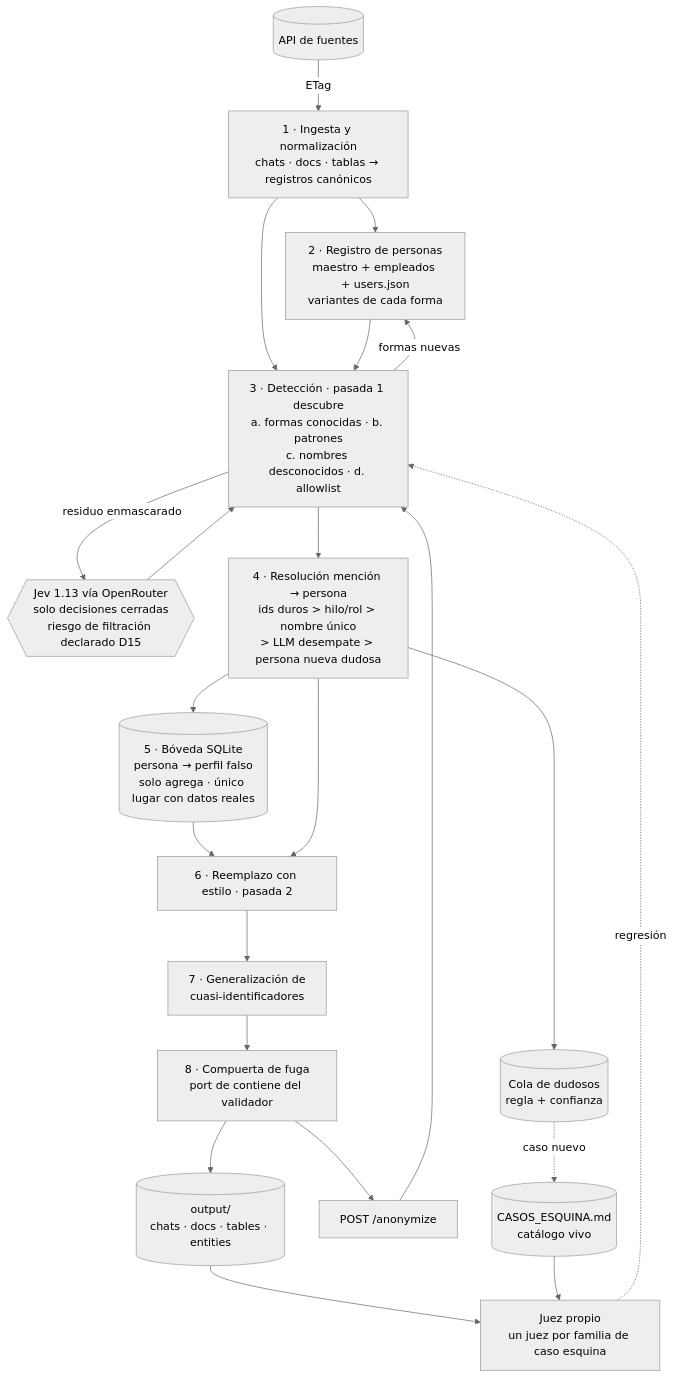
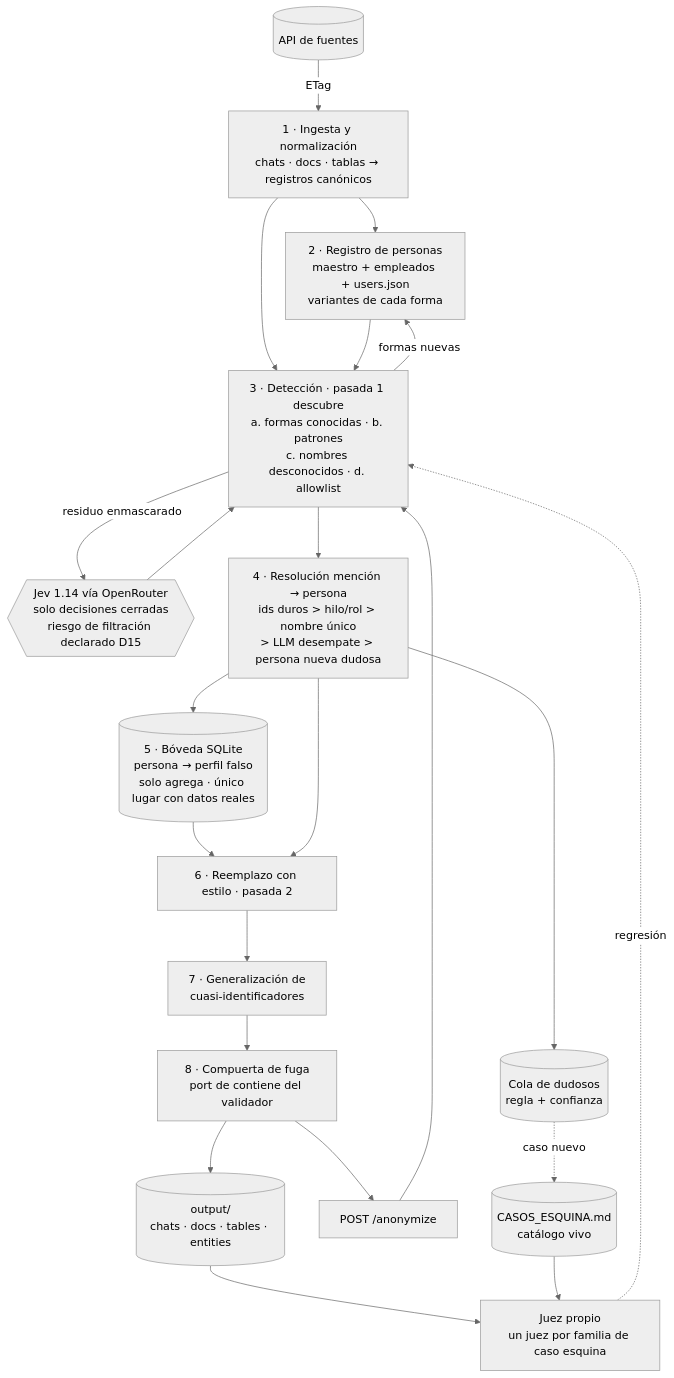
Before and after one commit to game013/frontier-hackaton-31102026: the diagram in DISEÑO.md, drawn with Mermaid (neutral theme). The commit also changed other lines of this file and 2 other files, not shown here.

Commit message:
docs: sube el modelo de decisiones a Jev 1.14

````diff
--- a/DISEÑO.md
+++ b/DISEÑO.md
@@ -77,24 +77,24 @@
 ```mermaid
 flowchart TD
     API[(API de fuentes)] -->|ETag| ING[1 · Ingesta y normalización<br/>chats · docs · tablas → registros canónicos]
     ING --> REG[2 · Registro de personas<br/>maestro + empleados + users.json<br/>variantes de cada forma]
     ING --> DET[3 · Detección · pasada 1 descubre<br/>a. formas conocidas · b. patrones<br/>c. nombres desconocidos · d. allowlist]
     REG --> DET
     DET -->|formas nuevas| REG
-    DET -->|residuo enmascarado| LLM{{Jev 1.13 vía OpenRouter<br/>solo decisiones cerradas<br/>riesgo de filtración declarado D15}}
+    DET -->|residuo enmascarado| LLM{{Jev 1.14 vía OpenRouter<br/>solo decisiones cerradas<br/>riesgo de filtración declarado D15}}
     LLM --> DET
     DET --> RES[4 · Resolución mención → persona<br/>ids duros > hilo/rol > nombre único<br/>> LLM desempate > persona nueva dudosa]
     RES --> DUD[(Cola de dudosos<br/>regla + confianza)]
     RES --> BOV[(5 · Bóveda SQLite<br/>persona → perfil falso<br/>solo agrega · único lugar con datos reales)]
     BOV --> REP[6 · Reemplazo con estilo · pasada 2]
     RES --> REP
     REP --> GEN[7 · Generalización de<br/>cuasi-identificadores]
     GEN --> GATE[8 · Compuerta de fuga<br/>port de contiene del validador]
     GATE --> OUT[(output/<br/>chats · docs · tables · entities)]
     LIVE[POST /anonymize] --> DET
     GATE --> LIVE
     OUT --> JUEZ[Juez propio<br/>un juez por familia de caso esquina]
     CAT[(CASOS_ESQUINA.md<br/>catálogo vivo)] --> JUEZ
     DUD -.->|caso nuevo| CAT
     JUEZ -.->|regresión| DET
 ```
````
